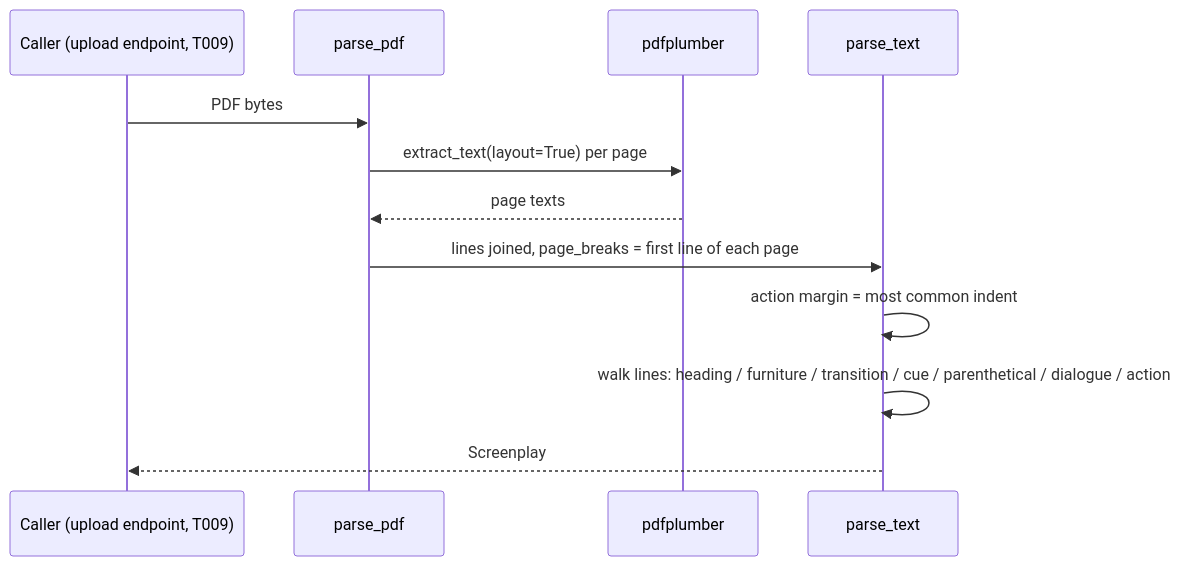
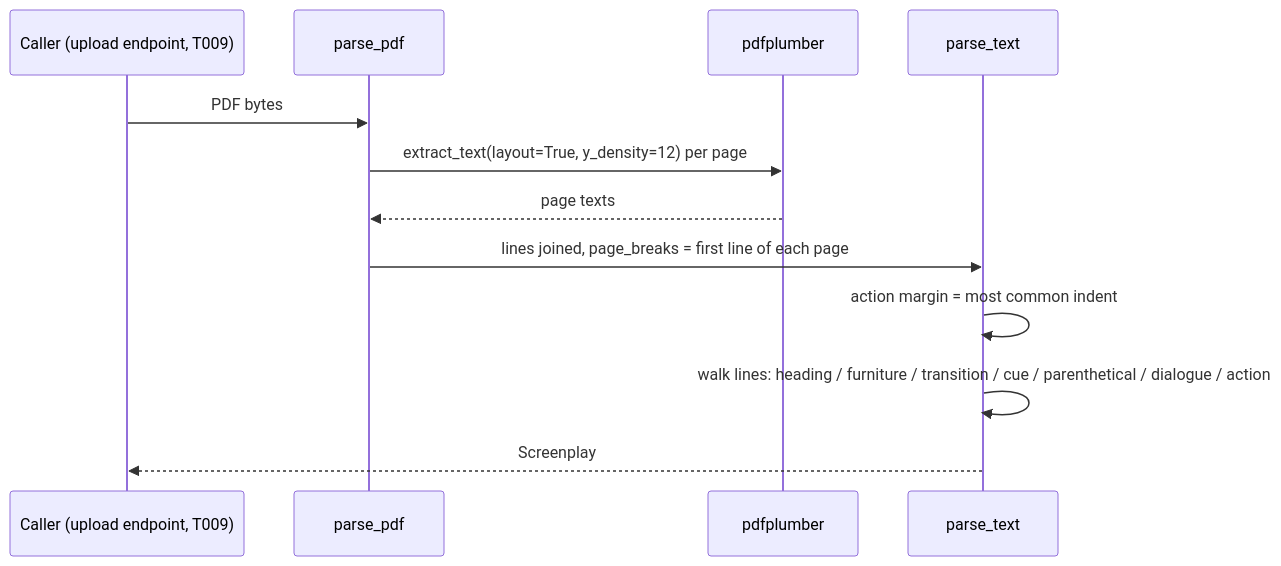
The second of 2 diagrams in docs/design/script.md (Katlego-tech/Panelwise), drawn with Mermaid before and after one commit. The commit also changed other lines of this file and 11 other files, not shown here.

````diff
--- a/docs/design/script.md
+++ b/docs/design/script.md
@@ -94,14 +97,14 @@
 ```mermaid
 sequenceDiagram
     participant U as Caller (upload endpoint, T009)
     participant P as parse_pdf
     participant L as pdfplumber
     participant T as parse_text
     U->>P: PDF bytes
-    P->>L: extract_text(layout=True) per page
+    P->>L: extract_text(layout=True, y_density=12) per page
     L-->>P: page texts
     P->>T: lines joined, page_breaks = first line of each page
     T->>T: action margin = most common indent
     T->>T: walk lines: heading / furniture / transition / cue / parenthetical / dialogue / action
     T-->>U: Screenplay
 ```
````
